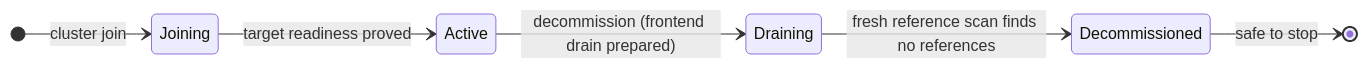
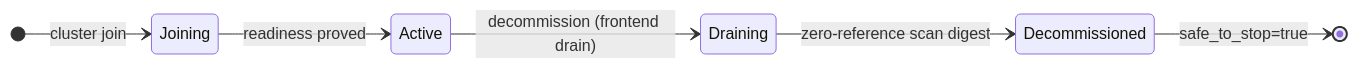
One commit to thesyncim/vibedb changed the first of 2 diagrams in docs/design/topology-changes.md. Above: the diagram before and after it, drawn with Mermaid. The commit also changed other lines of this file and 1871 other files, not shown here.

````diff
--- a/docs/design/topology-changes.md
+++ b/docs/design/topology-changes.md
@@ -70,9 +26,9 @@
 ```mermaid
 stateDiagram-v2
     direction LR
     [*] --> Joining: cluster join
-    Joining --> Active: target readiness proved
-    Active --> Draining: decommission (frontend drain prepared)
-    Draining --> Decommissioned: fresh reference scan finds no references
-    Decommissioned --> [*]: safe to stop
+    Joining --> Active: readiness proved
+    Active --> Draining: decommission (frontend drain)
+    Draining --> Decommissioned: zero-reference scan digest
+    Decommissioned --> [*]: safe_to_stop=true
 ```
````
